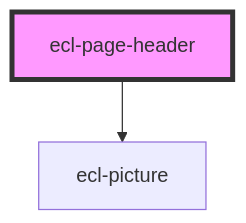
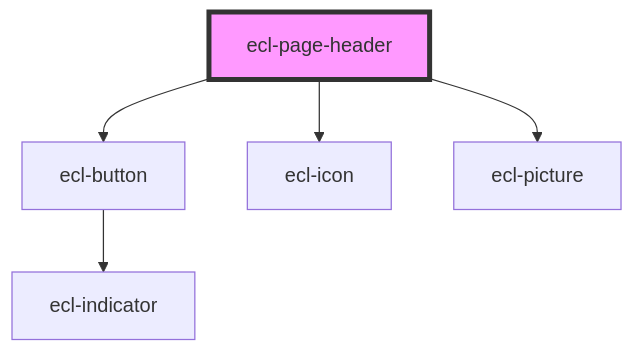
Before and after one commit to ec-europa/ecl-webcomponents: the diagram in src/components/ecl-page-header/readme.md, drawn with Mermaid. The commit also changed other lines of this file and 28 other files, not shown here.

Commit message:
feat(alpha-20): Page header expandable - FRONT-5086

````diff
--- a/src/components/ecl-page-header/readme.md
+++ b/src/components/ecl-page-header/readme.md
@@ -30,5 +37,8 @@
 ```mermaid
 graph TD;
+  ecl-page-header --> ecl-button
+  ecl-page-header --> ecl-icon
   ecl-page-header --> ecl-picture
+  ecl-button --> ecl-indicator
   style ecl-page-header fill:#f9f,stroke:#333,stroke-width:4px
 ```
````
